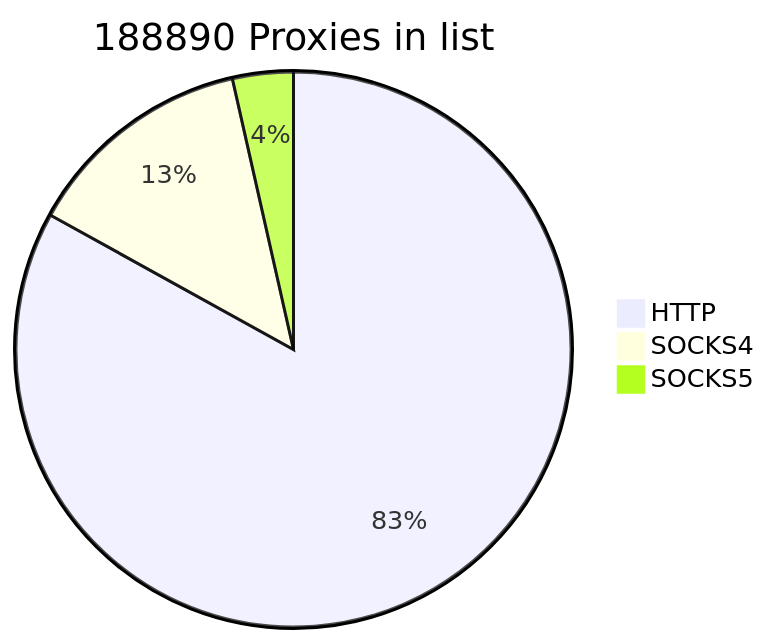
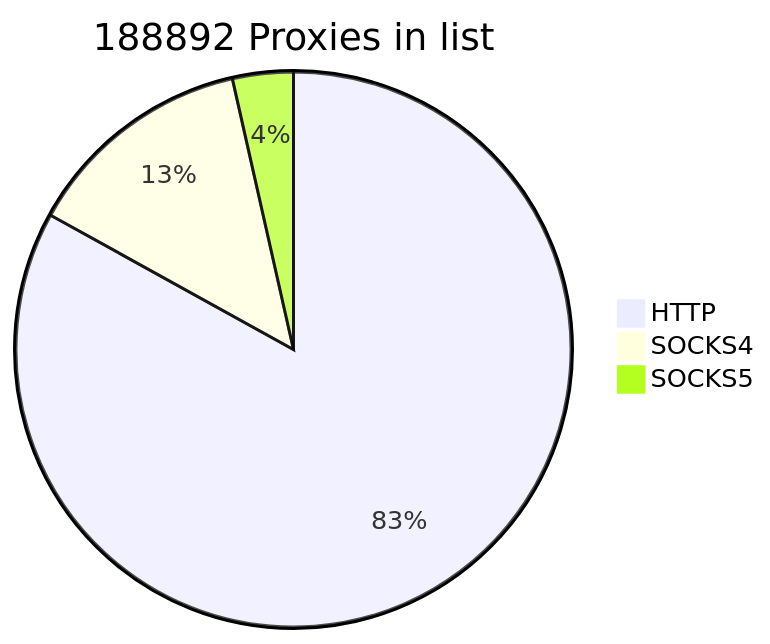
The first of 2 diagrams in README.md (cutipu/proxylist), drawn with Mermaid before and after one commit. The commit also changed other lines of this file, not shown here.

````diff
--- a/README.md
+++ b/README.md
@@ -2,7 +2,7 @@
 ```mermaid
-pie title 188890 Proxies in list
+pie title 188892 Proxies in list
     "HTTP" : 156851
-    "SOCKS4" : 25367
+    "SOCKS4" : 25369
     "SOCKS5" : 6672
             
 ```
````
